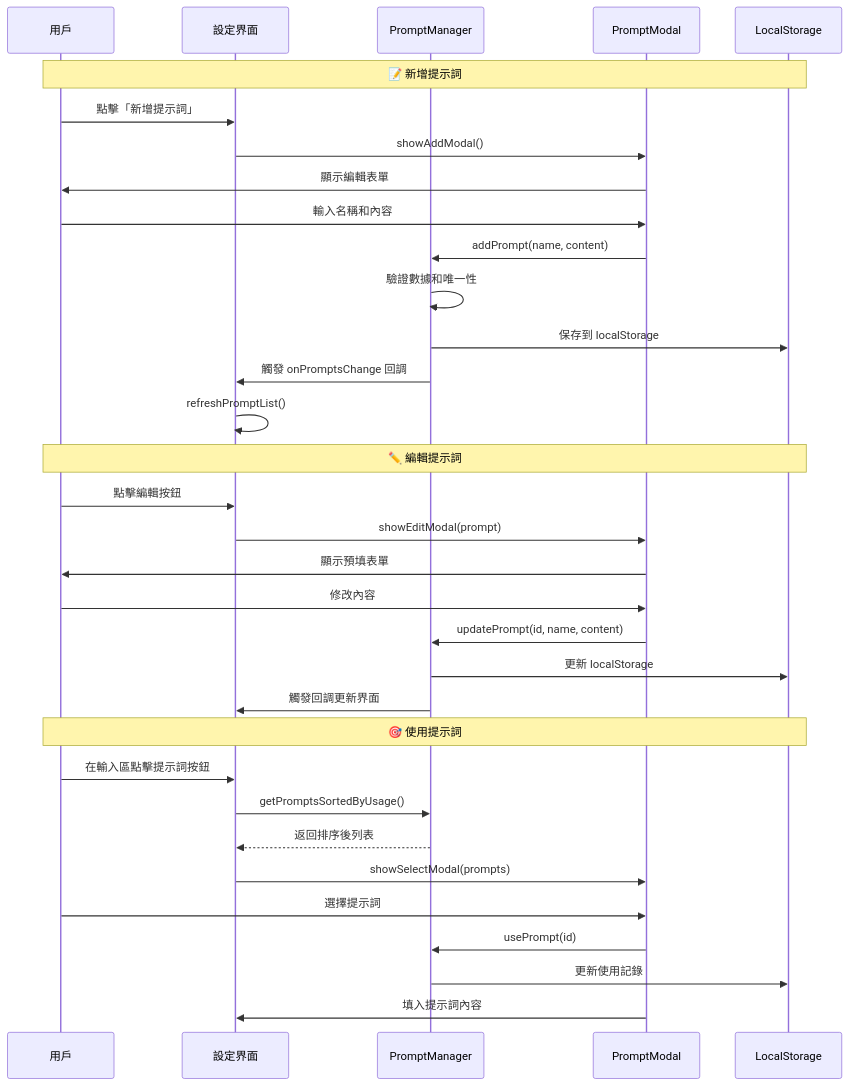
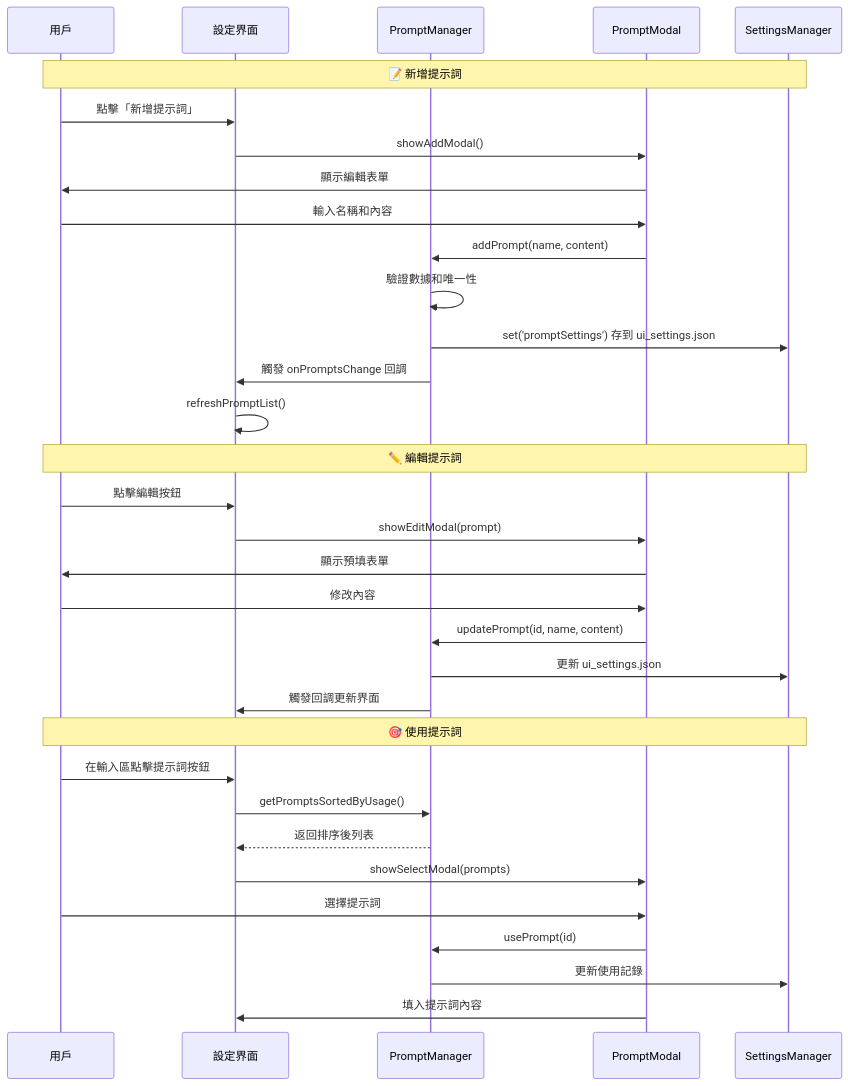
The seventh of 12 diagrams in docs/architecture/interaction-flows.md (CloudEngineHub/mcp-feedback-enhanced), drawn with Mermaid before and after one commit. The commit also changed other lines of this file and 3 other files, not shown here.

Commit message:
📝 架構文件改正會話歷史與設定的存放位置（伺服器端 ~/.config 而非 localStorage），交互流程圖改用 getStats() 與實際的 WebSocket 訊息類型

````diff
--- a/docs/architecture/interaction-flows.md
+++ b/docs/architecture/interaction-flows.md
@@ -517,38 +517,38 @@
 ```mermaid
 sequenceDiagram
     participant User as 用戶
     participant UI as 設定界面
     participant PM as PromptManager
     participant Modal as PromptModal
-    participant Storage as LocalStorage
+    participant Storage as SettingsManager
 
     Note over User,Storage: 📝 新增提示詞
     User->>UI: 點擊「新增提示詞」
     UI->>Modal: showAddModal()
     Modal->>User: 顯示編輯表單
     User->>Modal: 輸入名稱和內容
     Modal->>PM: addPrompt(name, content)
     PM->>PM: 驗證數據和唯一性
-    PM->>Storage: 保存到 localStorage
+    PM->>Storage: set('promptSettings') 存到 ui_settings.json
     PM->>UI: 觸發 onPromptsChange 回調
     UI->>UI: refreshPromptList()
 
     Note over User,Storage: ✏️ 編輯提示詞
     User->>UI: 點擊編輯按鈕
     UI->>Modal: showEditModal(prompt)
     Modal->>User: 顯示預填表單
     User->>Modal: 修改內容
     Modal->>PM: updatePrompt(id, name, content)
-    PM->>Storage: 更新 localStorage
+    PM->>Storage: 更新 ui_settings.json
     PM->>UI: 觸發回調更新界面
 
     Note over User,Storage: 🎯 使用提示詞
     User->>UI: 在輸入區點擊提示詞按鈕
     UI->>PM: getPromptsSortedByUsage()
     PM-->>UI: 返回排序後列表
     UI->>Modal: showSelectModal(prompts)
     User->>Modal: 選擇提示詞
     Modal->>PM: usePrompt(id)
     PM->>Storage: 更新使用記錄
     Modal->>UI: 填入提示詞內容
 ```
````
